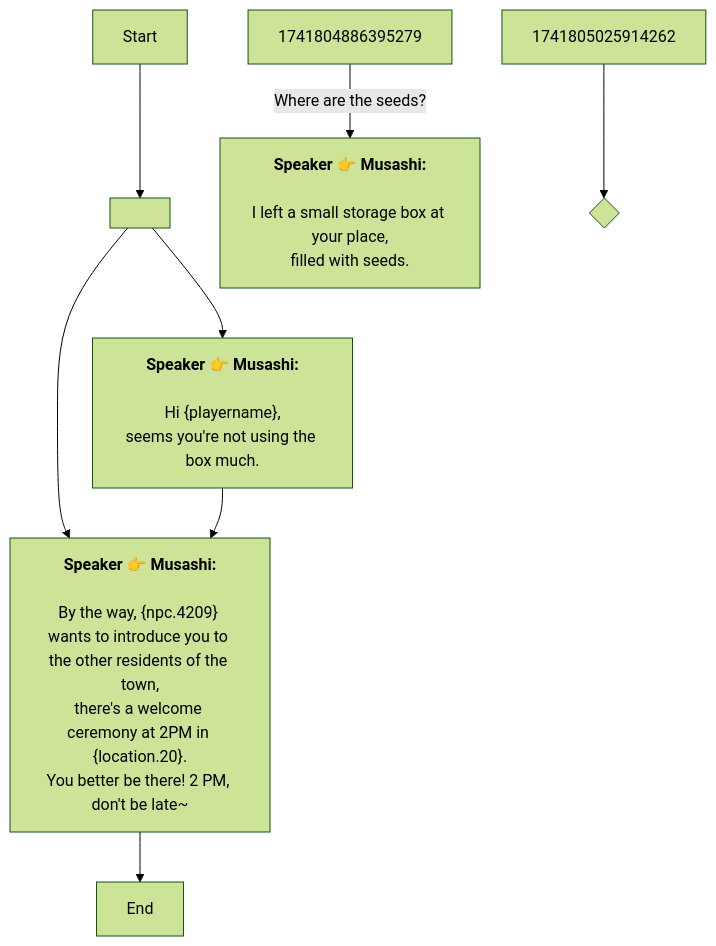
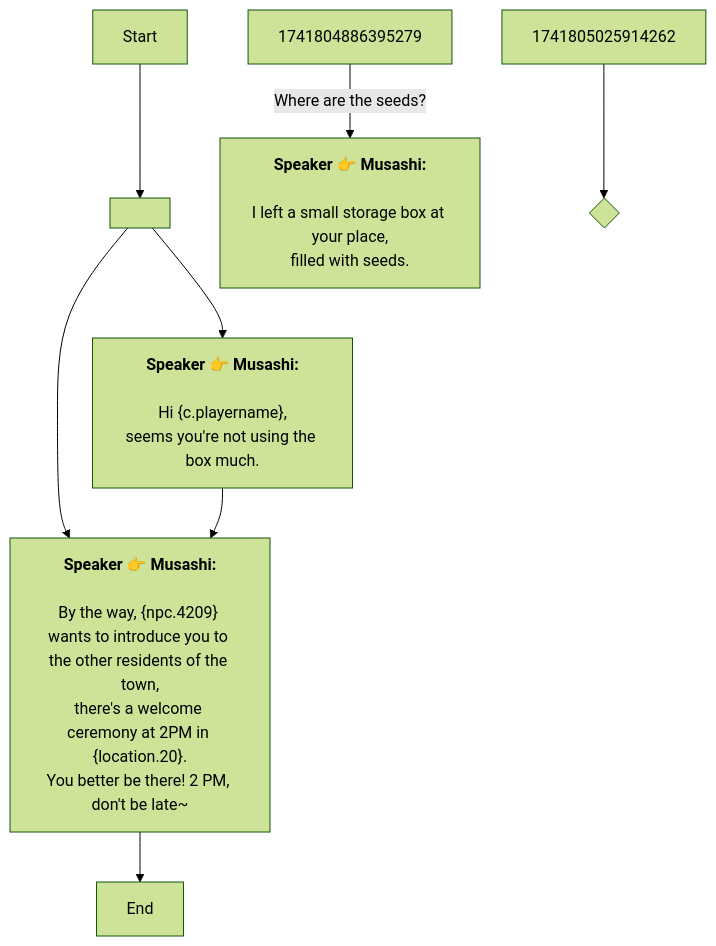
The diagram in En/QuestStartTalkENode_1741804807948684.md (SoftHu/tos_avg), drawn with Mermaid (forest theme) before and after one commit. The commit also changed 410 other files, not shown here.

````diff
--- a/En/QuestStartTalkENode_1741804807948684.md
+++ b/En/QuestStartTalkENode_1741804807948684.md
@@ -1,19 +1,19 @@
 ```mermaid
 graph
 Start -->1762595293475517[ ]
 1762595293475517 -->1763771107802819[<b>Speaker 👉 Musashi:</b>
-\nHi &lbrace;playername&rbrace;,
+\nHi &lbrace;c.playername&rbrace;,
 seems you're not using the box much.]
 1762595293475517 -->1741805123273116[<b>Speaker 👉 Musashi:</b>
 \nBy the way, &lbrace;npc.4209&rbrace; wants to introduce you to the other residents of the town,
 there's a welcome ceremony at 2PM in &lbrace;location.20&rbrace;.\nYou better be there! 2 PM, don't be late~]
 1763771107802819 -->1741805123273116[<b>Speaker 👉 Musashi:</b>
 \nBy the way, &lbrace;npc.4209&rbrace; wants to introduce you to the other residents of the town,
 there's a welcome ceremony at 2PM in &lbrace;location.20&rbrace;.\nYou better be there! 2 PM, don't be late~]
 1741805123273116 -->1741805387044261[End]
 1741804886395279 -->|Where are the seeds?|1741804982096277[<b>Speaker 👉 Musashi:</b>
 \nI left a small storage box at your place,
 filled with seeds.]
 1741805025914262 -->1741805099132311{ }
 
 ```
````
